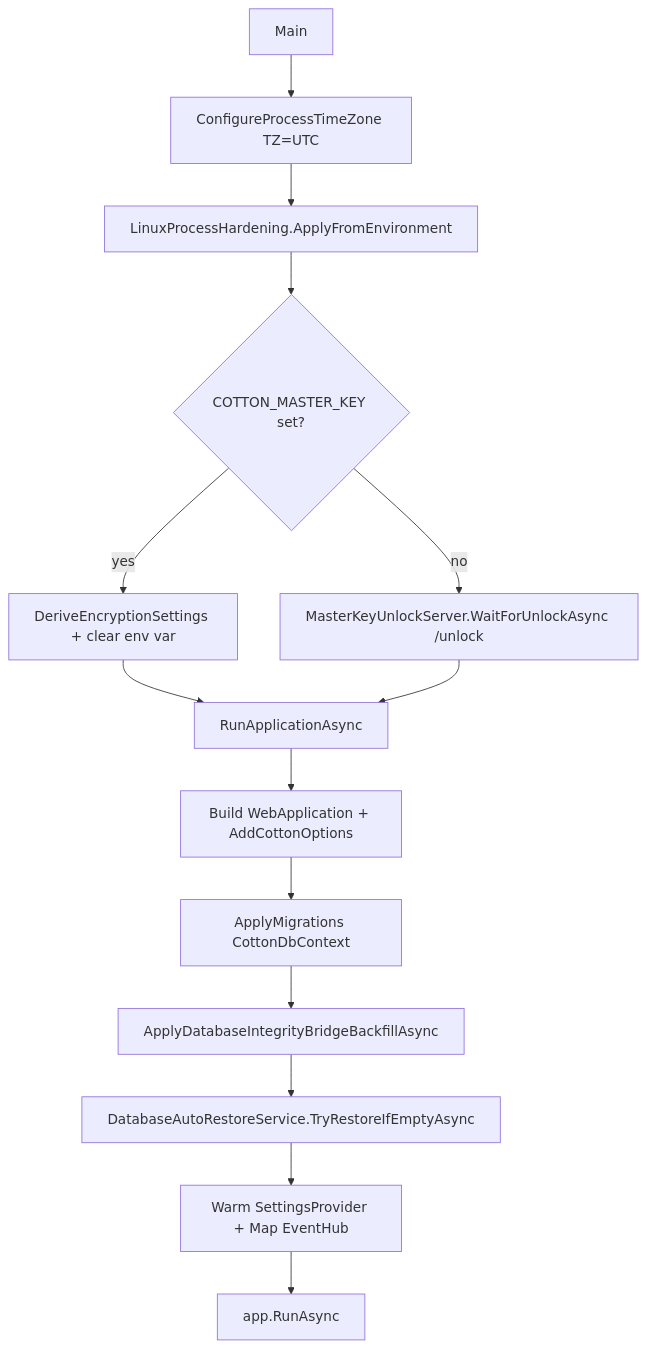
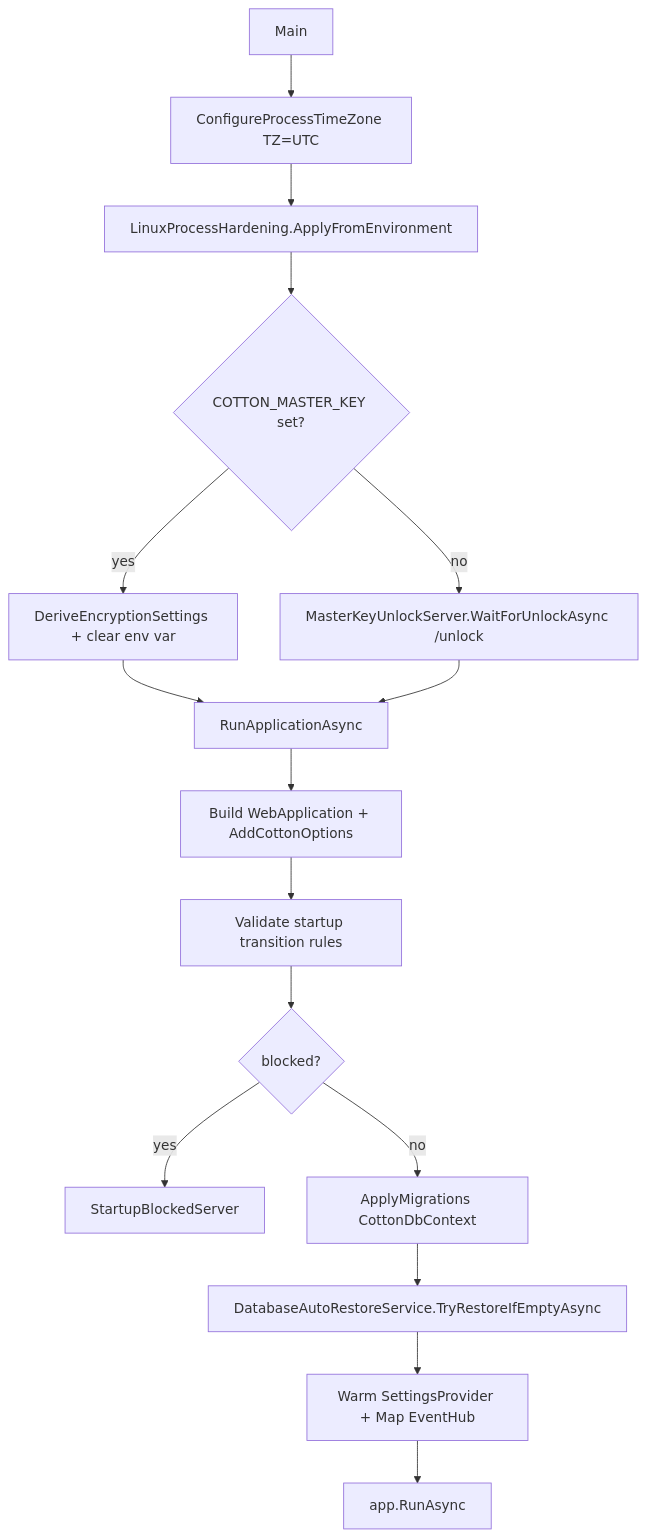
One commit to bvdcode/cotton changed the first of 2 diagrams in docs/technical/27-deployment-operations.md. Above: the diagram before and after it, drawn with Mermaid. The commit also changed other lines of this file and 50 other files, not shown here.

Commit message:
feat: enforce database startup transition guard

````diff
--- a/docs/technical/27-deployment-operations.md
+++ b/docs/technical/27-deployment-operations.md
@@ -14,16 +14,18 @@
 ```mermaid
 flowchart TD
     A[Main] --> B[ConfigureProcessTimeZone TZ=UTC]
     B --> C[LinuxProcessHardening.ApplyFromEnvironment]
     C --> D{COTTON_MASTER_KEY set?}
     D -- yes --> E[DeriveEncryptionSettings + clear env var]
     D -- no --> F[MasterKeyUnlockServer.WaitForUnlockAsync /unlock]
     E --> G[RunApplicationAsync]
     F --> G
     G --> H[Build WebApplication + AddCottonOptions]
-    H --> I[ApplyMigrations CottonDbContext]
-    I --> J[ApplyDatabaseIntegrityBridgeBackfillAsync]
-    J --> K[DatabaseAutoRestoreService.TryRestoreIfEmptyAsync]
-    K --> L[Warm SettingsProvider + Map EventHub]
-    L --> M[app.RunAsync]
+    H --> I[Validate startup transition rules]
+    I --> J{blocked?}
+    J -- yes --> K[StartupBlockedServer]
+    J -- no --> L[ApplyMigrations CottonDbContext]
+    L --> M[DatabaseAutoRestoreService.TryRestoreIfEmptyAsync]
+    M --> N[Warm SettingsProvider + Map EventHub]
+    N --> O[app.RunAsync]
 ```
````
